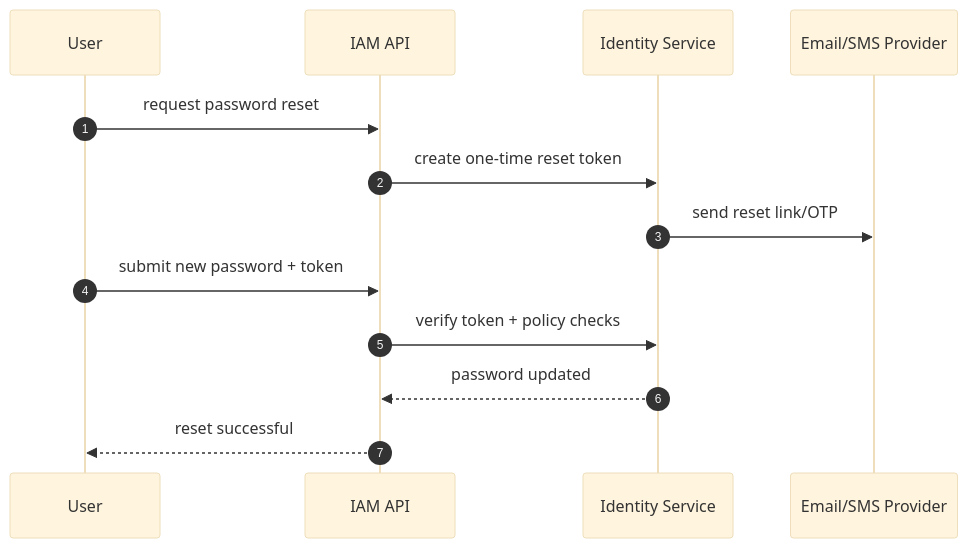
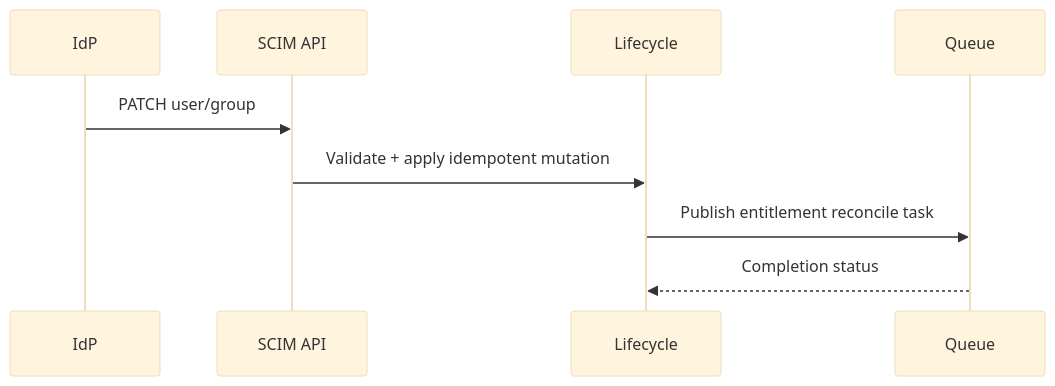
Before and after one commit to 0Ankit0/Project-Ideas: the second of 2 diagrams in Identity and Access Management Platform/detailed-design/sequence-diagrams.md, drawn with Mermaid (base theme). The commit also changed other lines of this file and 37 other files, not shown here.

````diff
--- a/Identity and Access Management Platform/detailed-design/sequence-diagrams.md
+++ b/Identity and Access Management Platform/detailed-design/sequence-diagrams.md
@@ -25,16 +22,12 @@
 ```mermaid
 sequenceDiagram
-    autonumber
-    participant U as User
-    participant API as IAM API
-    participant ID as Identity Service
-    participant MSG as Email/SMS Provider
+    participant IdP
+    participant SCIM as SCIM API
+    participant L as Lifecycle
+    participant Q as Queue
 
-    U->>API: request password reset
-    API->>ID: create one-time reset token
-    ID->>MSG: send reset link/OTP
-    U->>API: submit new password + token
-    API->>ID: verify token + policy checks
-    ID-->>API: password updated
-    API-->>U: reset successful
+    IdP->>SCIM: PATCH user/group
+    SCIM->>L: Validate + apply idempotent mutation
+    L->>Q: Publish entitlement reconcile task
+    Q-->>L: Completion status
 ```
````
